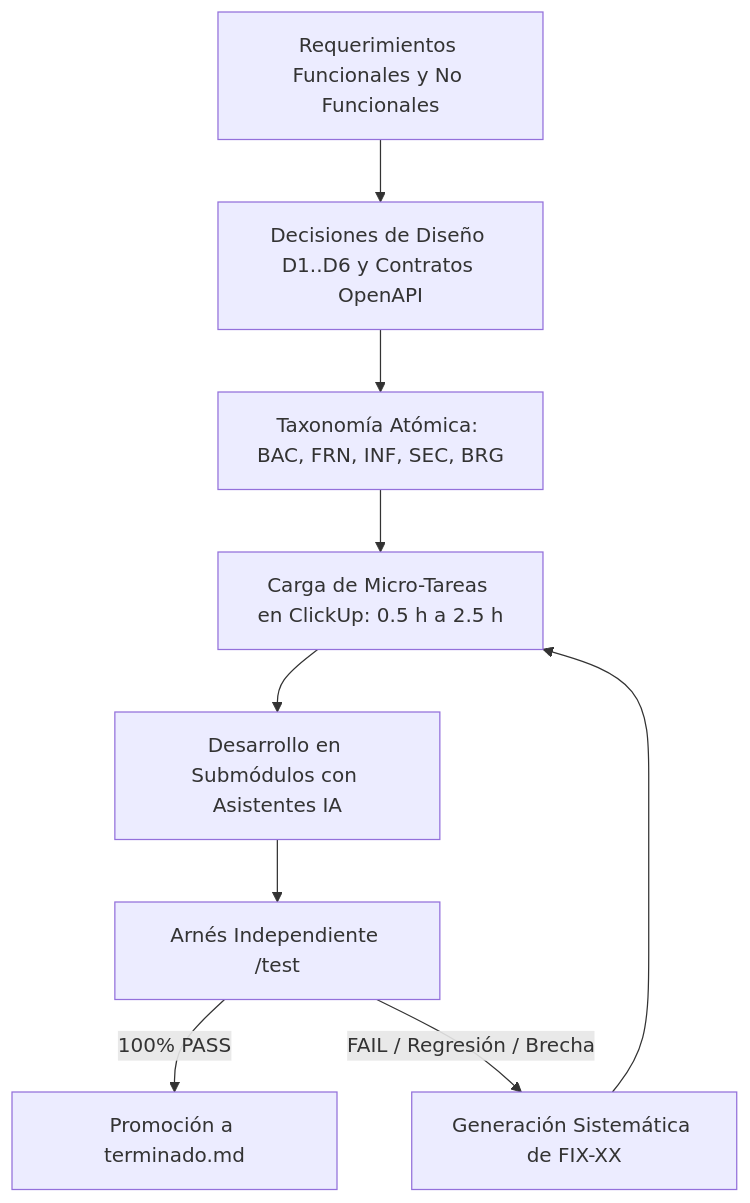
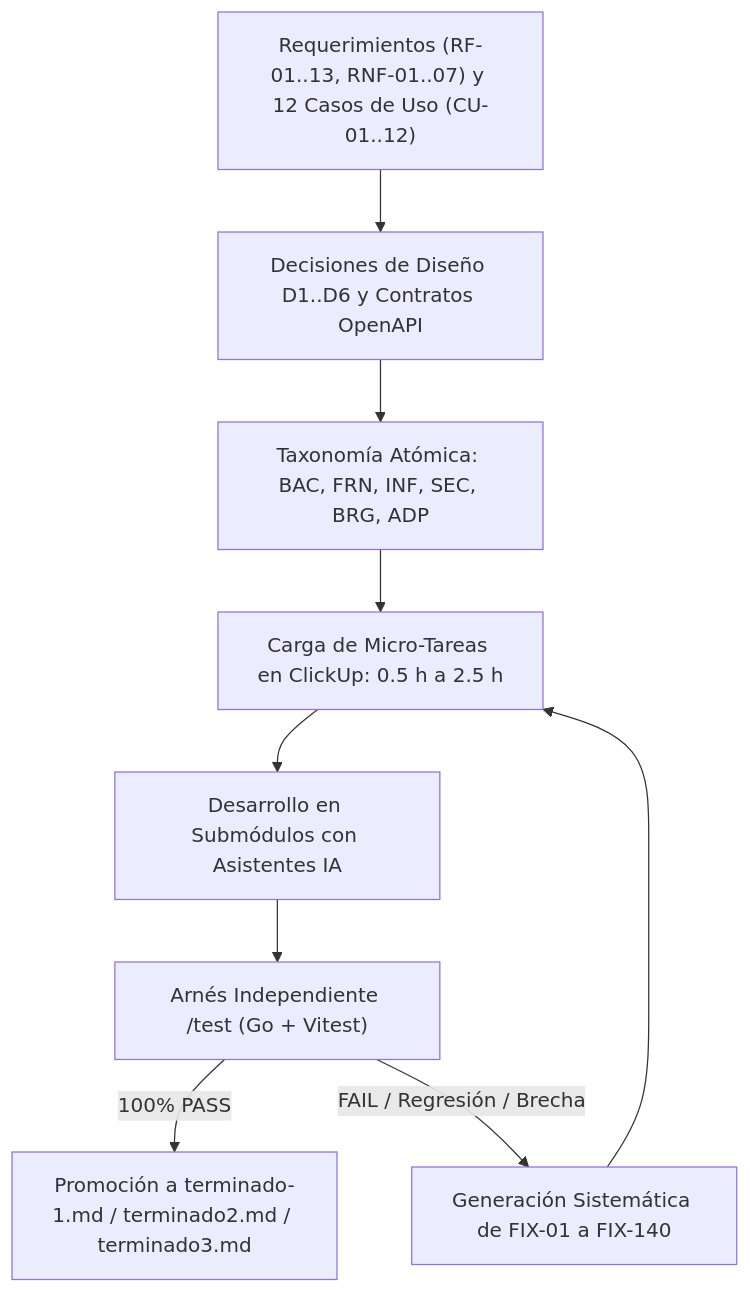
Before and after one commit to micaelaalvaradomendez/centinela: the diagram in documentacion/defensaarticulo/02_pipeline_ci_generacion_tareas_y_fixes.md, drawn with Mermaid. The commit also changed other lines of this file and 31 other files, not shown here.

````diff
--- a/documentacion/defensaarticulo/02_pipeline_ci_generacion_tareas_y_fixes.md
+++ b/documentacion/defensaarticulo/02_pipeline_ci_generacion_tareas_y_fixes.md
@@ -79,11 +79,11 @@
 ```mermaid
 flowchart TD
-    PRD[Requerimientos Funcionales y No Funcionales] --> ARCH[Decisiones de Diseño D1..D6 y Contratos OpenAPI]
-    ARCH --> TAXO[Taxonomía Atómica: BAC, FRN, INF, SEC, BRG]
-    TAXO --> CLICKUP[Carga de Micro-Tareas en ClickUp: 0.5 h a 2.5 h]
-    CLICKUP --> DEV[Desarrollo en Submódulos con Asistentes IA]
-    DEV --> HARNESS[Arnés Independiente /test]
-    HARNESS -->|100% PASS| DONE[Promoción a terminado.md]
-    HARNESS -->|FAIL / Regresión / Brecha| FIX[Generación Sistemática de FIX-XX]
+    PRD["Requerimientos (RF-01..13, RNF-01..07) y 12 Casos de Uso (CU-01..12)"] --> ARCH["Decisiones de Diseño D1..D6 y Contratos OpenAPI"]
+    ARCH --> TAXO["Taxonomía Atómica: BAC, FRN, INF, SEC, BRG, ADP"]
+    TAXO --> CLICKUP["Carga de Micro-Tareas en ClickUp: 0.5 h a 2.5 h"]
+    CLICKUP --> DEV["Desarrollo en Submódulos con Asistentes IA"]
+    DEV --> HARNESS["Arnés Independiente /test (Go + Vitest)"]
+    HARNESS -->|100% PASS| DONE["Promoción a terminado-1.md / terminado2.md / terminado3.md"]
+    HARNESS -->|FAIL / Regresión / Brecha| FIX["Generación Sistemática de FIX-01 a FIX-140"]
     FIX --> CLICKUP
 ```
````
